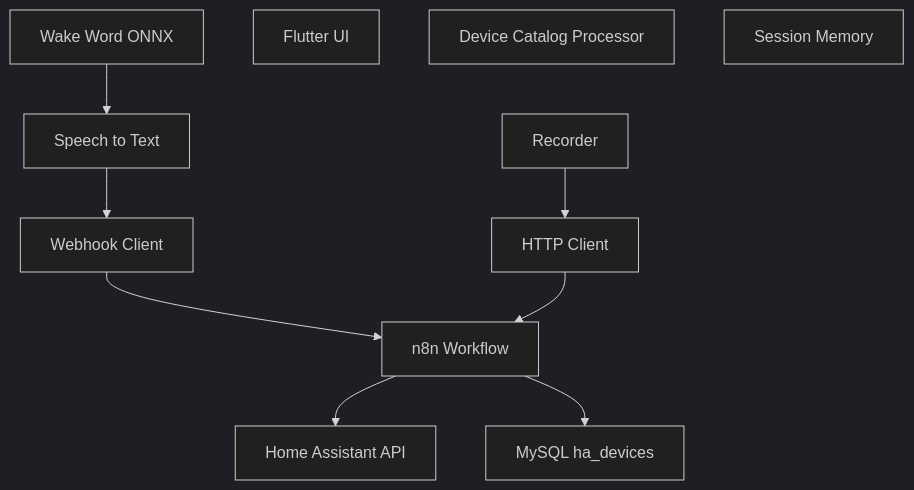
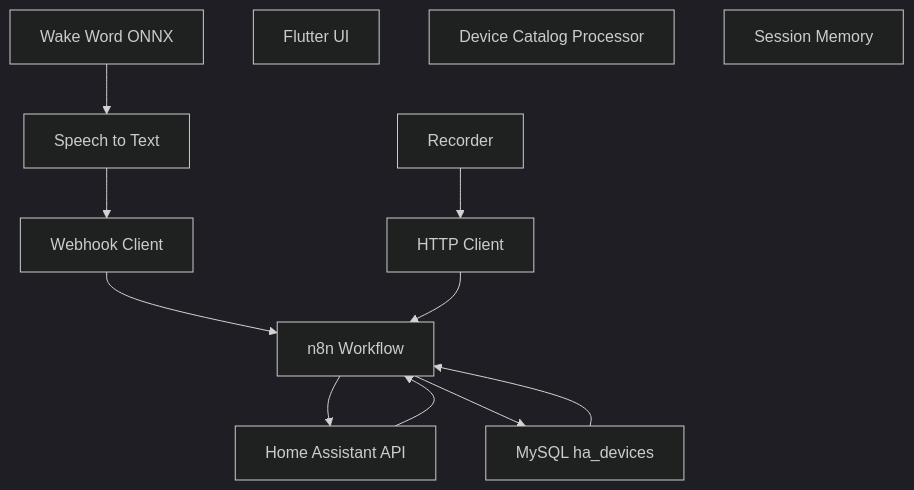
The second of 2 diagrams in README.md (aalsayed70/home-voice-assistant), drawn with Mermaid (dark theme) before and after one commit. The commit also changed other lines of this file, not shown here.

Commit message:
docs: make HA and MySQL links bidirectional in both diagrams

````diff
--- a/README.md
+++ b/README.md
@@ -88,20 +89,22 @@
 ```mermaid
 flowchart TB
   ww[Wake Word ONNX]
   stt[Speech to Text]
   wclient[Webhook Client]
   ui[Flutter UI]
   rec[Recorder]
   http[HTTP Client]
 
   wf[n8n Workflow]
   cat[Device Catalog Processor]
   mem[Session Memory]
   haapi[Home Assistant API]
   sqldb[MySQL ha_devices]
 
   ww --> stt --> wclient --> wf
   rec --> http --> wf
   wf --> haapi
   wf --> sqldb
+  haapi --> wf
+  sqldb --> wf
 ```
````
